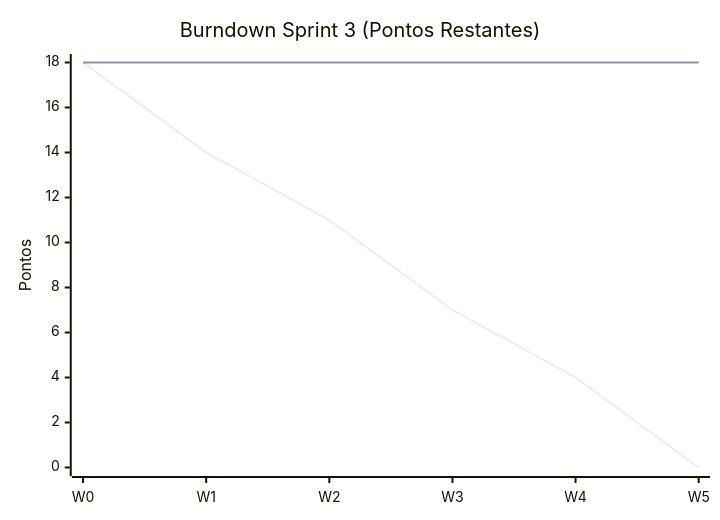
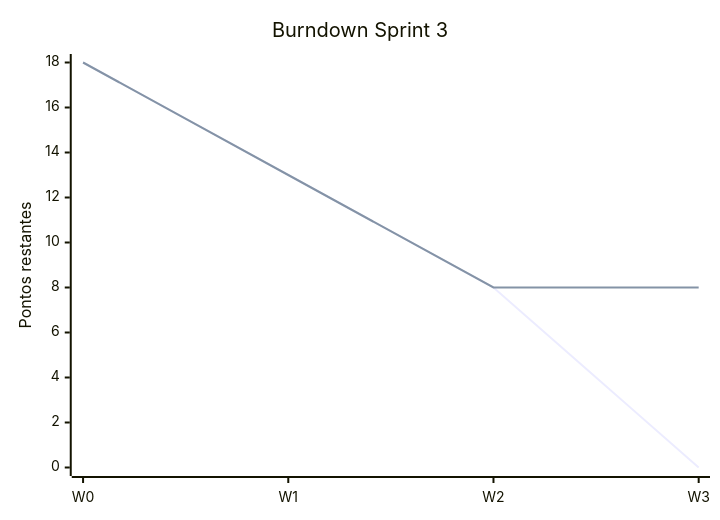
Before and after one commit to candago-6/documentacao: the third of 3 diagrams in README.md, drawn with Mermaid. The commit also changed other lines of this file and 1 other file, not shown here.

````diff
--- a/README.md
+++ b/README.md
@@ -142,8 +234,8 @@
 ```mermaid
 xychart-beta
-	title "Burndown Sprint 3 (Pontos Restantes)"
-	x-axis [W0, W1, W2, W3, W4, W5]
-	y-axis "Pontos" 0 --> 18
-	line "planejado" [18, 14, 11, 7, 4, 0]
-	line "real" [18, 18, 18, 18, 18, 18]
+	title "Burndown Sprint 3"
+	x-axis [W0, W1, W2, W3]
+	y-axis "Pontos restantes" 0 --> 18
+	line "planejado" [18, 13, 8, 0]
+	line "real" [18, 13, 8, 8]
 ```
````
